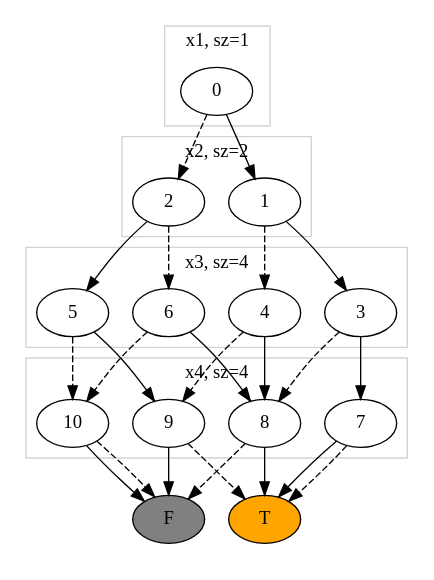
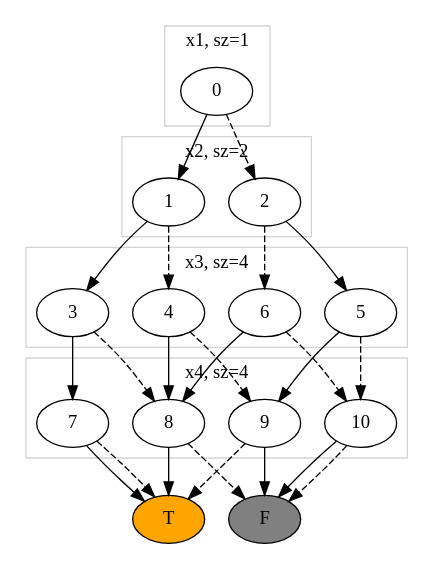
One commit to alex-bochkarev/align-BDD changed the diagram in run_logs/exp_BDD_example/exp_BDD.gv. Above: the diagram before and after it, drawn with Graphviz. The commit also changed other lines of this file and 70 other files, not shown here.

```diff
--- a/run_logs/exp_BDD_example/exp_BDD.gv
+++ b/run_logs/exp_BDD_example/exp_BDD.gv
@@ -1,52 +1,52 @@
 digraph {
 	subgraph cluster_0 {
 		0
 		color=lightgrey label="x1, sz=1"
 	}
 	subgraph cluster_1 {
+		2
 		1
-		2
 		color=lightgrey label="x2, sz=2"
 	}
 	subgraph cluster_2 {
 		5
+		3
 		6
 		4
-		3
 		color=lightgrey label="x3, sz=4"
 	}
 	subgraph cluster_3 {
+		7
+		10
 		8
 		9
-		10
-		7
 		color=lightgrey label="x4, sz=4"
 	}
 	subgraph cluster_4 {
+		-1 [label=T fillcolor=orange style=filled]
 		-2 [label=F fillcolor=gray style=filled]
-		-1 [label=T fillcolor=orange style=filled]
 		color=white
 	}
 	0 -> 1 [label=""]
 	0 -> 2 [label="" style=dashed]
+	2 -> 5 [label=""]
+	2 -> 6 [label="" style=dashed]
 	1 -> 3 [label=""]
 	1 -> 4 [label="" style=dashed]
-	2 -> 5 [label=""]
-	2 -> 6 [label="" style=dashed]
 	5 -> 9 [label=""]
 	5 -> 10 [label="" style=dashed]
+	3 -> 7 [label=""]
+	3 -> 8 [label="" style=dashed]
 	6 -> 8 [label=""]
 	6 -> 10 [label="" style=dashed]
 	4 -> 8 [label=""]
 	4 -> 9 [label="" style=dashed]
-	3 -> 7 [label=""]
-	3 -> 8 [label="" style=dashed]
+	7 -> -1 [label=""]
+	7 -> -1 [label="" style=dashed]
+	10 -> -2 [label=""]
+	10 -> -2 [label="" style=dashed]
 	8 -> -1 [label=""]
 	8 -> -2 [label="" style=dashed]
 	9 -> -2 [label=""]
 	9 -> -1 [label="" style=dashed]
-	10 -> -2 [label=""]
-	10 -> -2 [label="" style=dashed]
-	7 -> -1 [label=""]
-	7 -> -1 [label="" style=dashed]
 }
```
